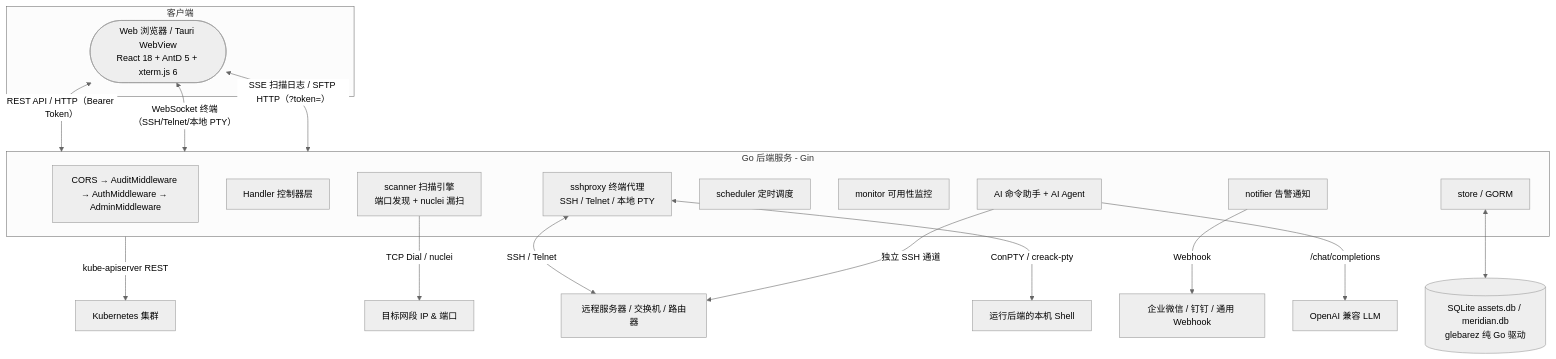
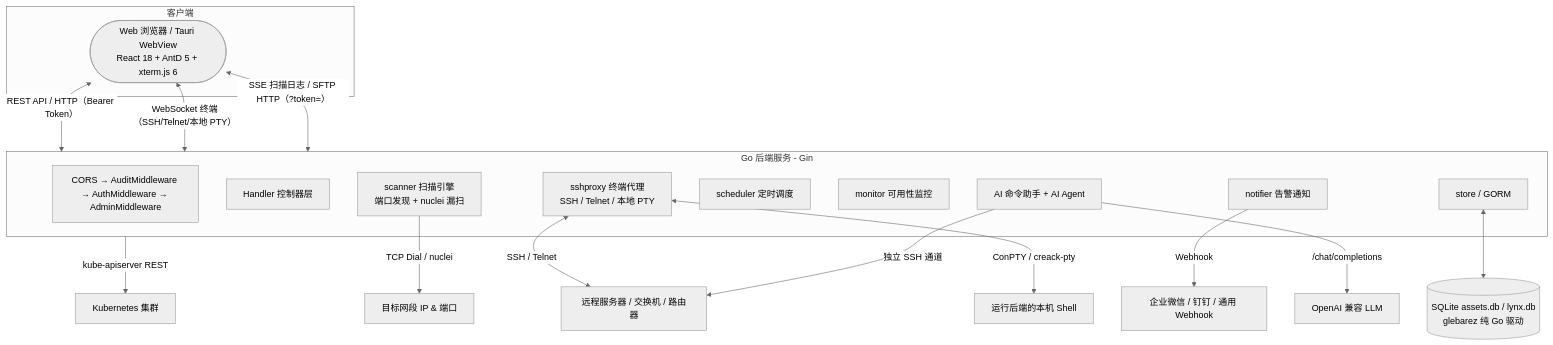
The first of 3 diagrams in docs/architecture.md (xumjbn/meridian), drawn with Mermaid (neutral theme) before and after one commit. The commit also changed other lines of this file and 42 other files, not shown here.

First line of the commit message:
refactor: Meridian/子午 全面更名为 Lynx，并做数据兼容迁移 (v0.71)

````diff
--- a/docs/architecture.md
+++ b/docs/architecture.md
@@ -16,31 +21,31 @@
 ```mermaid
 graph TD
     subgraph Client[客户端]
         Browser([Web 浏览器 / Tauri WebView<br/>React 18 + AntD 5 + xterm.js 6])
     end
 
     Browser <-->|REST API / HTTP（Bearer Token）| Backend
     Browser <-->|WebSocket 终端（SSH/Telnet/本地 PTY）| Backend
     Browser <-->|SSE 扫描日志 / SFTP HTTP（?token=）| Backend
 
     subgraph Backend[Go 后端服务 - Gin]
         MW[CORS → AuditMiddleware → AuthMiddleware → AdminMiddleware]
         API[Handler 控制器层]
         Scanner[scanner 扫描引擎<br/>端口发现 + nuclei 漏扫]
         SSHProxy[sshproxy 终端代理<br/>SSH / Telnet / 本地 PTY]
         Scheduler[scheduler 定时调度]
         Monitor[monitor 可用性监控]
         Notifier[notifier 告警通知]
         AI[AI 命令助手 + AI Agent]
         Store[store / GORM]
     end
 
-    Store <--> DB[(SQLite assets.db / meridian.db<br/>glebarez 纯 Go 驱动)]
+    Store <--> DB[(SQLite assets.db / lynx.db<br/>glebarez 纯 Go 驱动)]
     Scanner -->|TCP Dial / nuclei| TargetNet[目标网段 IP & 端口]
     SSHProxy <-->|SSH / Telnet| RemoteHost[远程服务器 / 交换机 / 路由器]
     SSHProxy <-->|ConPTY / creack-pty| LocalShell[运行后端的本机 Shell]
     AI -->|独立 SSH 通道| RemoteHost
     AI -->|/chat/completions| LLM[OpenAI 兼容 LLM]
     Backend -->|kube-apiserver REST| K8s[Kubernetes 集群]
     Notifier -->|Webhook| IM[企业微信 / 钉钉 / 通用 Webhook]
 ```
````
